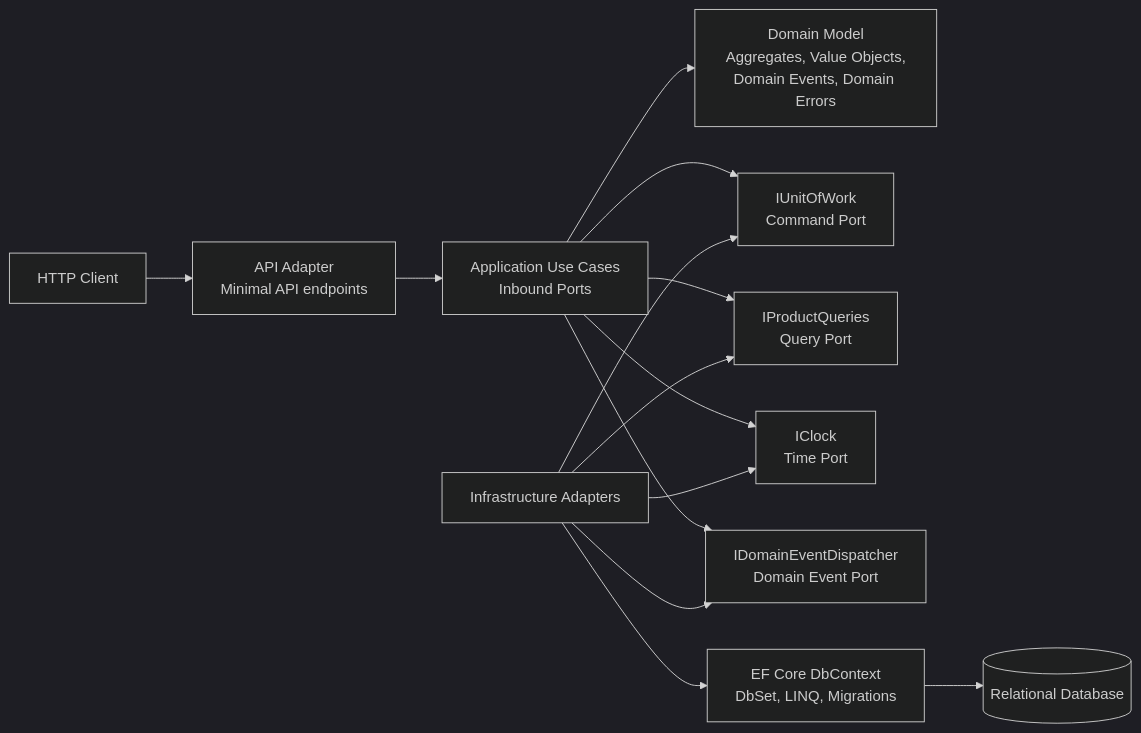
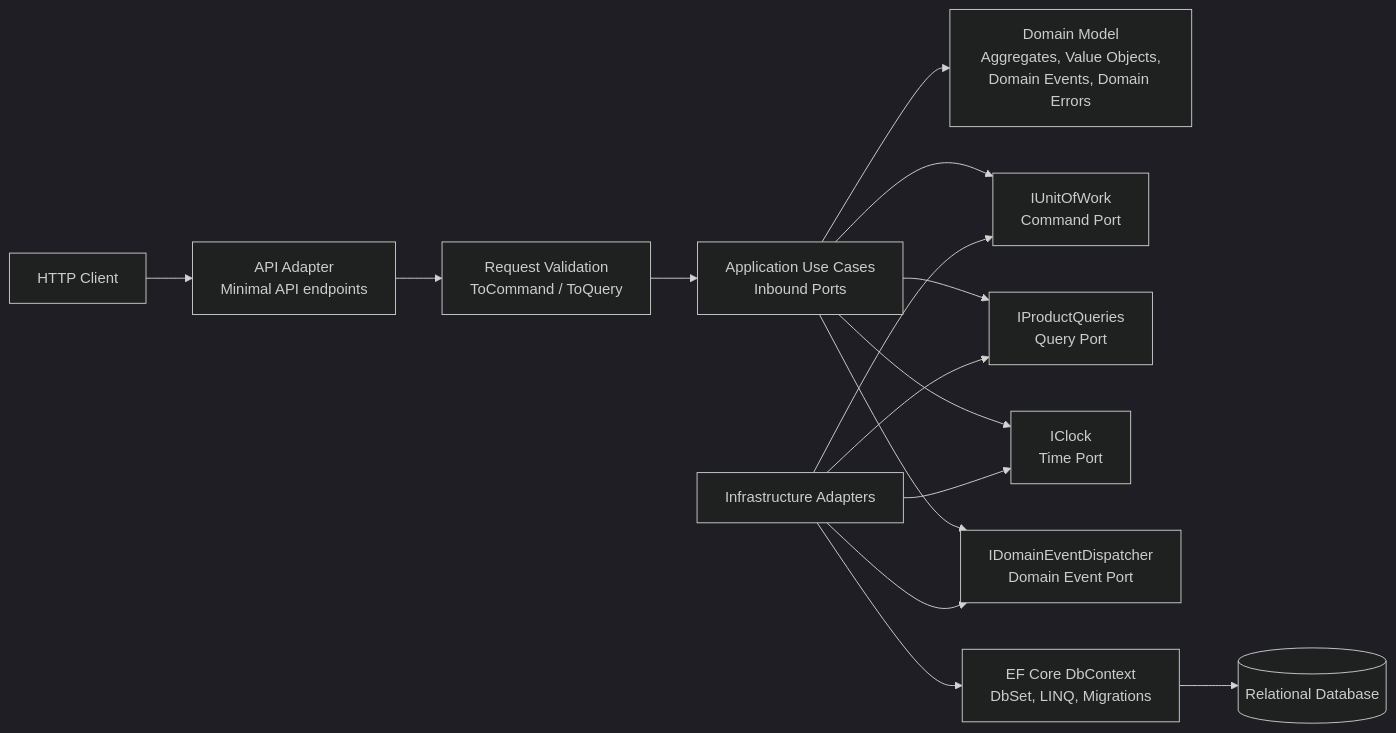
Before and after one commit to codefoxx/cleanapi-template: the diagram in content/ARCHITECTURE.md, drawn with Mermaid (dark theme). The commit also changed other lines of this file and 35 other files, not shown here.

First line of the commit message:
Refactor API validation and problem details handling

````diff
--- a/content/ARCHITECTURE.md
+++ b/content/ARCHITECTURE.md
@@ -63,21 +63,22 @@
 ```mermaid
 flowchart LR
     Client[HTTP Client] --> Api[API Adapter<br/>Minimal API endpoints]
 
-    Api --> UseCases[Application Use Cases<br/>Inbound Ports]
+    Api --> Validation[Request Validation<br/>ToCommand / ToQuery]
+    Validation --> UseCases[Application Use Cases<br/>Inbound Ports]
 
     UseCases --> Domain[Domain Model<br/>Aggregates, Value Objects,<br/>Domain Events, Domain Errors]
 
     UseCases --> UowPort[IUnitOfWork<br/>Command Port]
     UseCases --> QueryPort[IProductQueries<br/>Query Port]
     UseCases --> ClockPort[IClock<br/>Time Port]
     UseCases --> EventPort[IDomainEventDispatcher<br/>Domain Event Port]
 
     Infrastructure[Infrastructure Adapters] --> UowPort
     Infrastructure --> QueryPort
     Infrastructure --> ClockPort
     Infrastructure --> EventPort
 
     Infrastructure --> EfCore[EF Core DbContext<br/>DbSet, LINQ, Migrations]
     EfCore --> Database[(Relational Database)]
 ```
````
